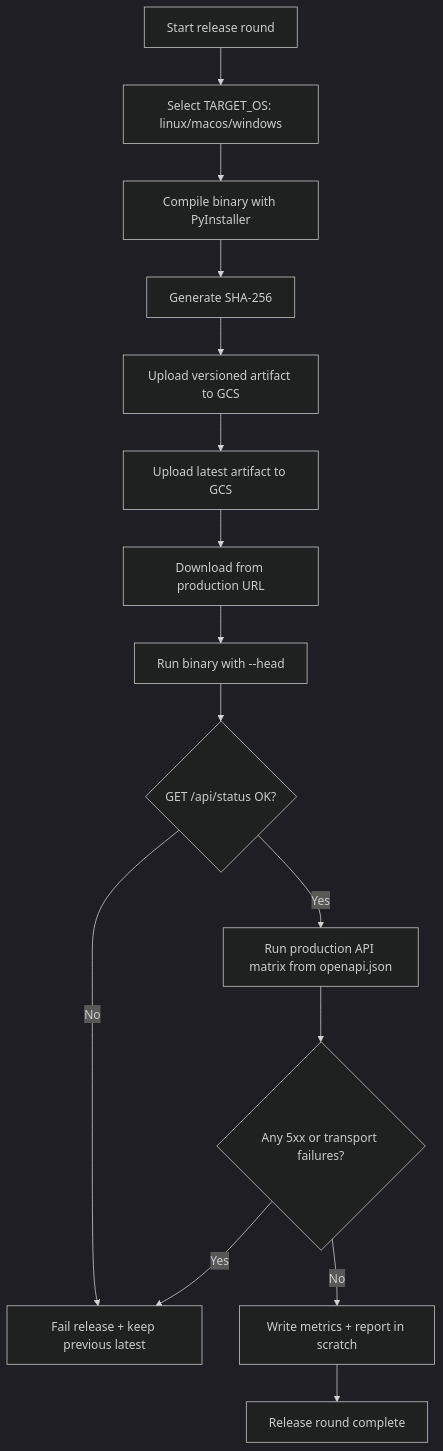
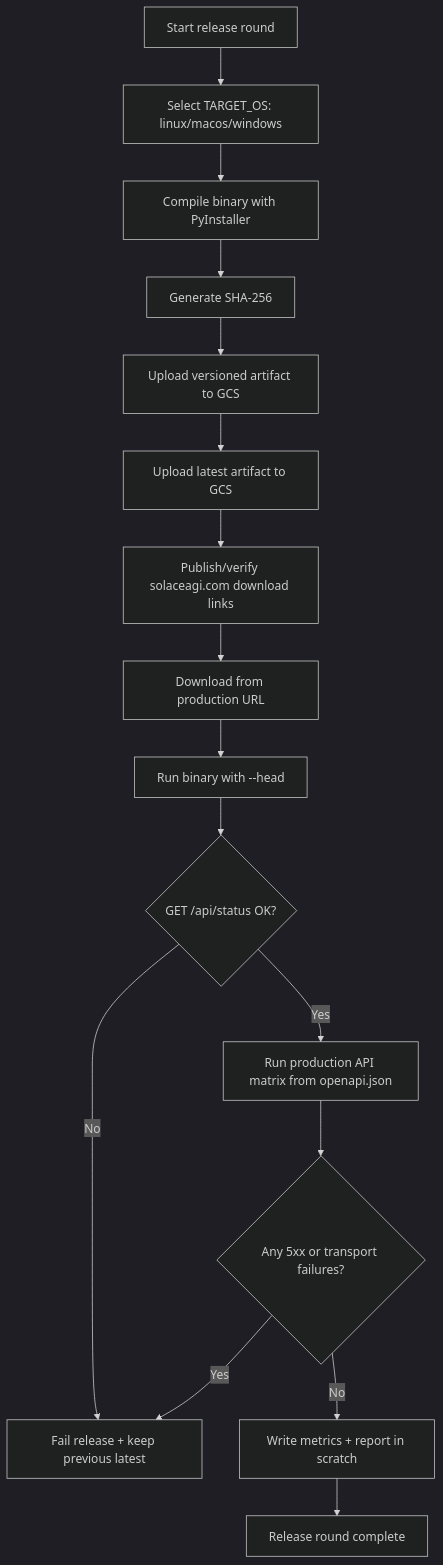
Before and after one commit to phuctruong/solace-browser: the diagram in src/diagrams/19-browser-release-loop.md, drawn with Mermaid (dark theme). The commit also changed other lines of this file and 7 other files, not shown here.

Commit message:
Document solaceagi.com download links to GCS artifacts

````diff
--- a/src/diagrams/19-browser-release-loop.md
+++ b/src/diagrams/19-browser-release-loop.md
@@ -3,17 +3,18 @@
 ```mermaid
 flowchart TD
     START[Start release round] --> TARGET[Select TARGET_OS: linux/macos/windows]
     TARGET --> BUILD[Compile binary with PyInstaller]
     BUILD --> HASH[Generate SHA-256]
     HASH --> UP_V[Upload versioned artifact to GCS]
     UP_V --> UP_L[Upload latest artifact to GCS]
-    UP_L --> DL[Download from production URL]
+    UP_L --> LINK[Publish/verify solaceagi.com download links]
+    LINK --> DL[Download from production URL]
     DL --> SMOKE[Run binary with --head]
     SMOKE --> STATUS{GET /api/status OK?}
     STATUS -->|No| FAIL[Fail release + keep previous latest]
     STATUS -->|Yes| MATRIX[Run production API matrix from openapi.json]
     MATRIX --> API_OK{Any 5xx or transport failures?}
     API_OK -->|Yes| FAIL
     API_OK -->|No| REPORT[Write metrics + report in scratch]
     REPORT --> DONE[Release round complete]
 ```
````
